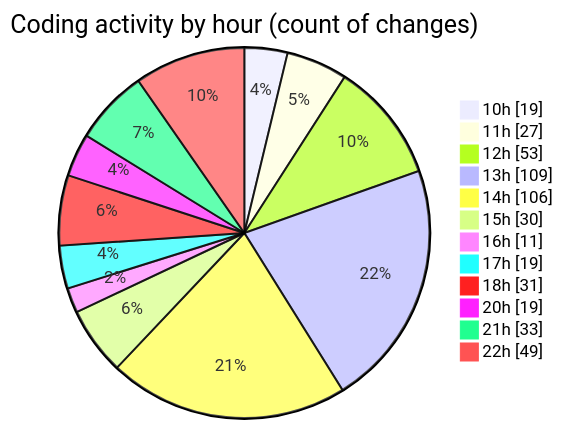
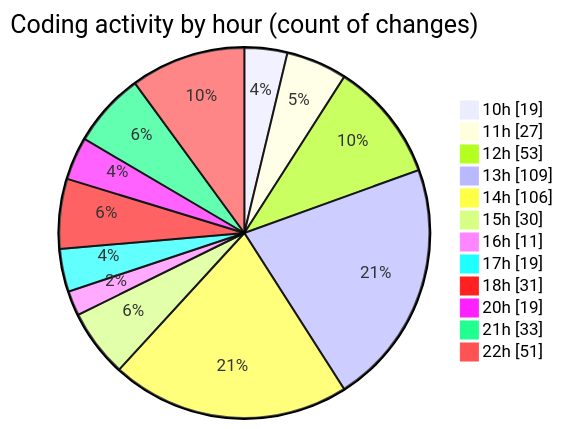
Before and after one commit to momahboobian/code-tracking: the second of 2 diagrams in 2025-03-18/cda/README.md, drawn with Mermaid. The commit also changed other lines of this file and 1 other file, not shown here.

````diff
--- a/2025-03-18/cda/README.md
+++ b/2025-03-18/cda/README.md
@@ -46,16 +46,16 @@
 ```mermaid
 pie showData
 title Coding activity by hour (count of changes)
 "10h" : 19
 "11h" : 27
 "12h" : 53
 "13h" : 109
 "14h" : 106
 "15h" : 30
 "16h" : 11
 "17h" : 19
 "18h" : 31
 "20h" : 19
 "21h" : 33
-"22h" : 49
+"22h" : 51
 ```
````
